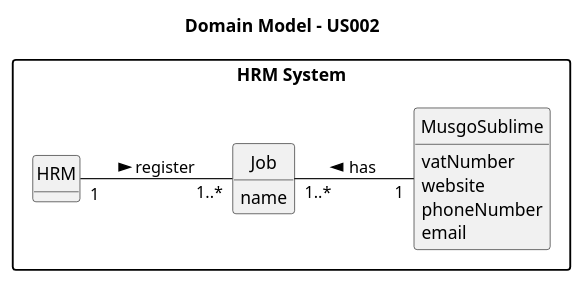
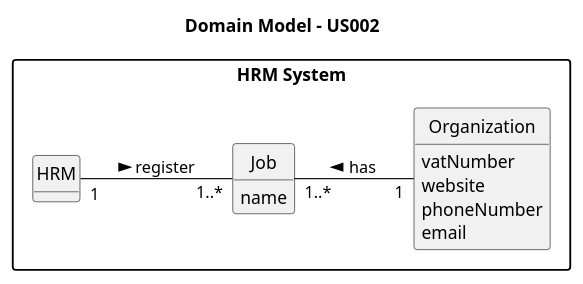
Before and after one commit to SAEmanuel/Green_Spaces_Management_ISEP: the diagram in docs/sprintB/us002/02.analysis/puml/us002-domain-model.puml, drawn with PlantUML. The commit also changed 12 other files, not shown here.

```diff
--- a/docs/sprintB/us002/02.analysis/puml/us002-domain-model.puml
+++ b/docs/sprintB/us002/02.analysis/puml/us002-domain-model.puml
@@ -1,40 +1,40 @@
 @startuml
 skinparam monochrome true
 skinparam packageStyle rectangle
 skinparam shadowing false
 
 left to right direction
 
 skinparam classAttributeIconSize 0
 
 hide circle
 hide methods
 package "HRM System" {
 
 title Domain Model - US002
 
 class HRM {
 }
 
-class MusgoSublime {
+class Organization {
 vatNumber
 website
 phoneNumber
 email
 }
 
 class Job {
     name
 }
 
 
 
 
 
 HRM "1" -- "1..*" Job : register >
 
-Job "1..*" -- "1"MusgoSublime : has <
+Job "1..*" -- "1"Organization : has <
 
 
 
 @enduml
```
